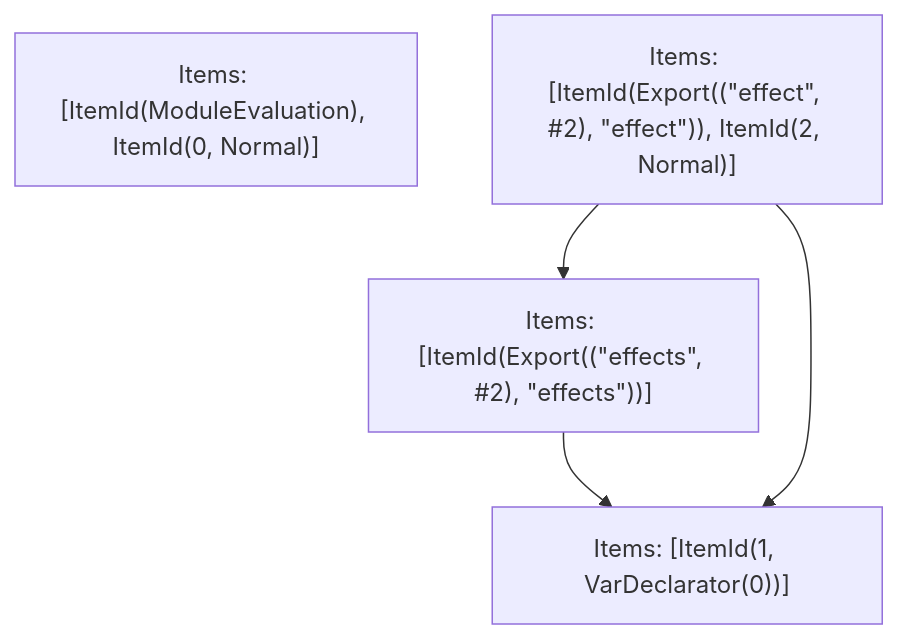
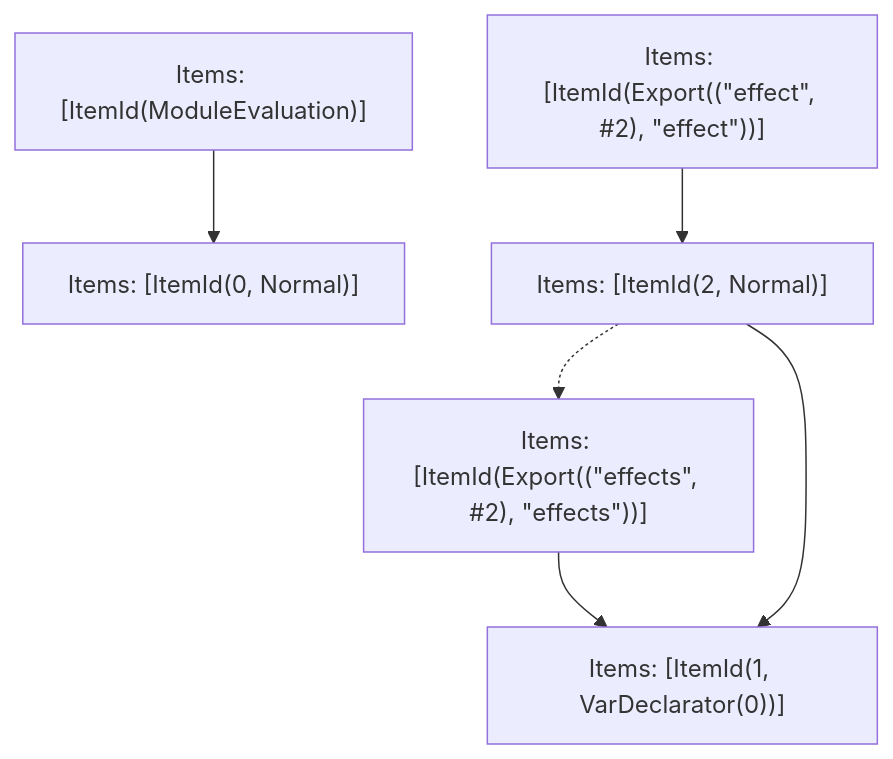
The fifth of 5 diagrams in crates/turbopack-ecmascript/tests/tree-shaker/analyzer/tla-1/output.md (vercel/turborepo), drawn with Mermaid before and after one commit. The commit also changed other lines of this file and 72 other files, not shown here.

````diff
--- a/crates/turbopack-ecmascript/tests/tree-shaker/analyzer/tla-1/output.md
+++ b/crates/turbopack-ecmascript/tests/tree-shaker/analyzer/tla-1/output.md
@@ -103,10 +103,14 @@
 ```mermaid
 graph TD
-    N0["Items: [ItemId(ModuleEvaluation), ItemId(0, Normal)]"];
-    N1["Items: [ItemId(Export((&quot;effects&quot;, #2), &quot;effects&quot;))]"];
-    N2["Items: [ItemId(Export((&quot;effect&quot;, #2), &quot;effect&quot;)), ItemId(2, Normal)]"];
-    N3["Items: [ItemId(1, VarDeclarator(0))]"];
-    N1 --> N3;
-    N2 --> N3;
-    N2 --> N1;
+    N0["Items: [ItemId(0, Normal)]"];
+    N1["Items: [ItemId(ModuleEvaluation)]"];
+    N2["Items: [ItemId(1, VarDeclarator(0))]"];
+    N3["Items: [ItemId(Export((&quot;effects&quot;, #2), &quot;effects&quot;))]"];
+    N4["Items: [ItemId(2, Normal)]"];
+    N5["Items: [ItemId(Export((&quot;effect&quot;, #2), &quot;effect&quot;))]"];
+    N3 --> N2;
+    N5 --> N4;
+    N4 --> N2;
+    N4 -.-> N3;
+    N1 --> N0;
 ```
````
